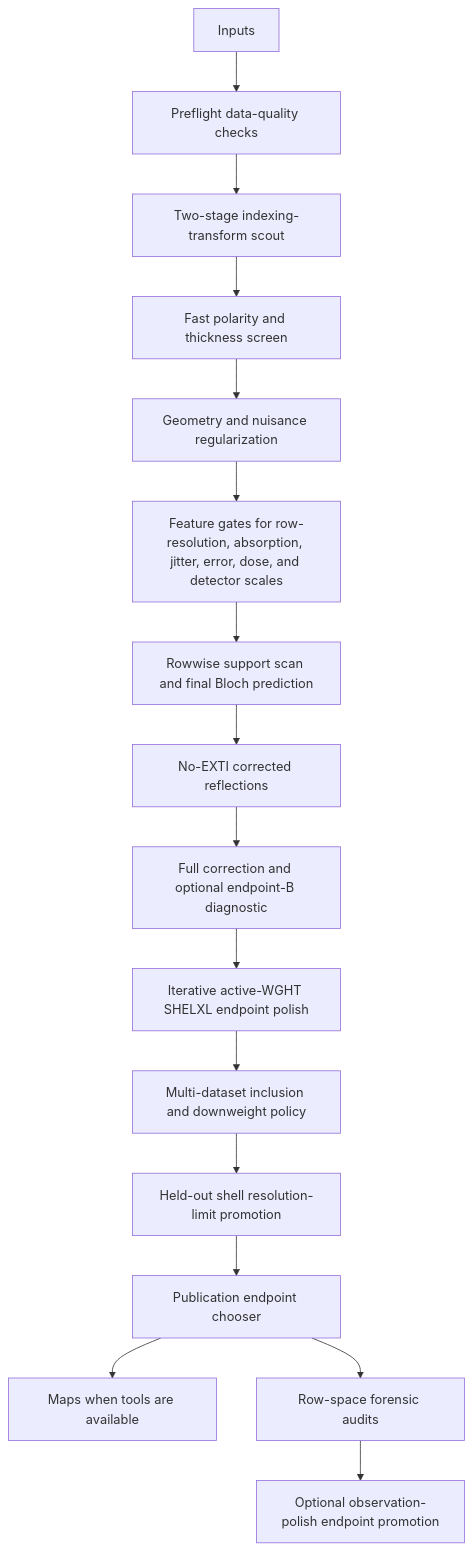
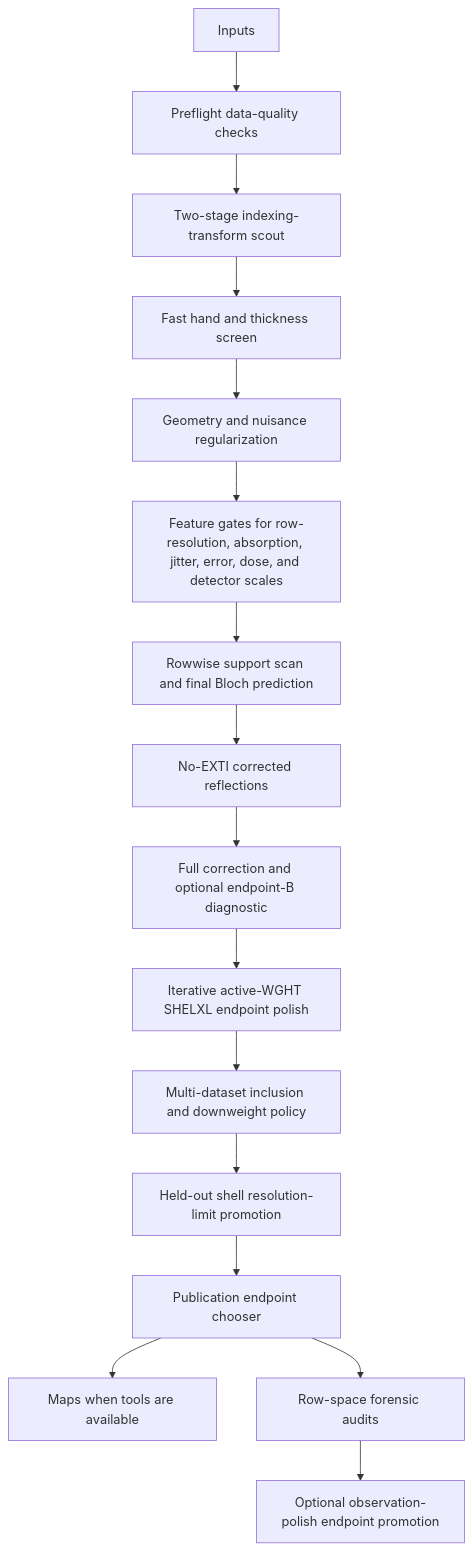
Before and after one commit to Martynowycz-Lab/GROND: the diagram in docs/WORKFLOW.md, drawn with Mermaid. The commit also changed other lines of this file and 27 other files, not shown here.

````diff
--- a/docs/WORKFLOW.md
+++ b/docs/WORKFLOW.md
@@ -7,18 +7,18 @@
 ```mermaid
 flowchart TD
     A[Inputs] --> B[Preflight data-quality checks]
     B --> C[Two-stage indexing-transform scout]
-    C --> D[Fast polarity and thickness screen]
+    C --> D[Fast hand and thickness screen]
     D --> E[Geometry and nuisance regularization]
     E --> F[Feature gates for row-resolution, absorption, jitter, error, dose, and detector scales]
     F --> G[Rowwise support scan and final Bloch prediction]
     G --> H[No-EXTI corrected reflections]
     H --> I[Full correction and optional endpoint-B diagnostic]
     I --> J[Iterative active-WGHT SHELXL endpoint polish]
     J --> K[Multi-dataset inclusion and downweight policy]
     K --> L[Held-out shell resolution-limit promotion]
     L --> M[Publication endpoint chooser]
     M --> N[Maps when tools are available]
     M --> O[Row-space forensic audits]
     O --> P[Optional observation-polish endpoint promotion]
 ```
````
